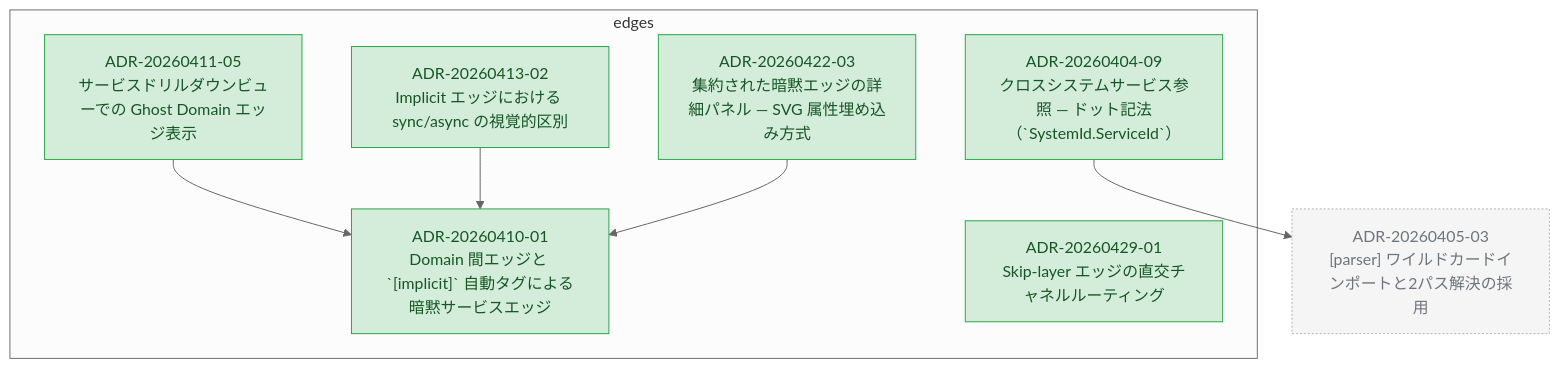
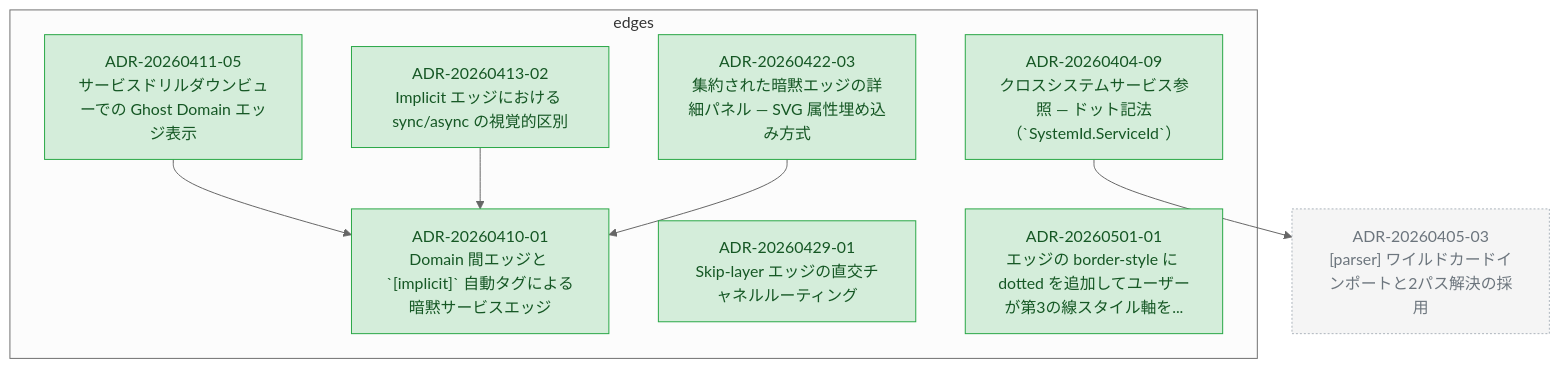
Before and after one commit to kompiro/karasu: the diagram in docs/adr/graph/edges.md, drawn with Mermaid (neutral theme). The commit also changed other lines of this file and 3 other files, not shown here.

First line of the commit message:
docs(adr): add ADR-20260501-01 for edge border-style: dotted

````diff
--- a/docs/adr/graph/edges.md
+++ b/docs/adr/graph/edges.md
@@ -6,30 +6,32 @@
 ```mermaid
 flowchart TD
   subgraph edges["edges"]
     ADR_20260404_09["ADR-20260404-09<br/>クロスシステムサービス参照 — ドット記法（`SystemId.ServiceId`）"]
     ADR_20260410_01["ADR-20260410-01<br/>Domain 間エッジと `[implicit]` 自動タグによる暗黙サービスエッジ"]
     ADR_20260411_05["ADR-20260411-05<br/>サービスドリルダウンビューでの Ghost Domain エッジ表示"]
     ADR_20260413_02["ADR-20260413-02<br/>Implicit エッジにおける sync/async の視覚的区別"]
     ADR_20260422_03["ADR-20260422-03<br/>集約された暗黙エッジの詳細パネル — SVG 属性埋め込み方式"]
     ADR_20260429_01["ADR-20260429-01<br/>Skip-layer エッジの直交チャネルルーティング"]
+    ADR_20260501_01["ADR-20260501-01<br/>エッジの border-style に dotted を追加してユーザーが第3の線スタイル軸を..."]
   end
   ADR_20260405_03["ADR-20260405-03<br/>[parser] ワイルドカードインポートと2パス解決の採用"]
   ADR_20260404_09 --> ADR_20260405_03
   ADR_20260411_05 --> ADR_20260410_01
   ADR_20260413_02 --> ADR_20260410_01
   ADR_20260422_03 --> ADR_20260410_01
 
   classDef accepted fill:#d4edda,stroke:#28a745,color:#155724
   classDef proposed fill:#fff3cd,stroke:#ffc107,color:#856404
   classDef deprecated fill:#f8d7da,stroke:#dc3545,color:#721c24
   classDef superseded fill:#e2e3e5,stroke:#6c757d,color:#383d41
   classDef not_adopted fill:#e2e3e5,stroke:#6c757d,color:#383d41,stroke-dasharray:3 3
   classDef ghost fill:#f5f5f5,stroke:#adb5bd,color:#6c757d,stroke-dasharray:2 2
   class ADR_20260404_09 accepted
   class ADR_20260410_01 accepted
   class ADR_20260411_05 accepted
   class ADR_20260413_02 accepted
   class ADR_20260422_03 accepted
   class ADR_20260429_01 accepted
+  class ADR_20260501_01 accepted
   class ADR_20260405_03 ghost
 ```
````
